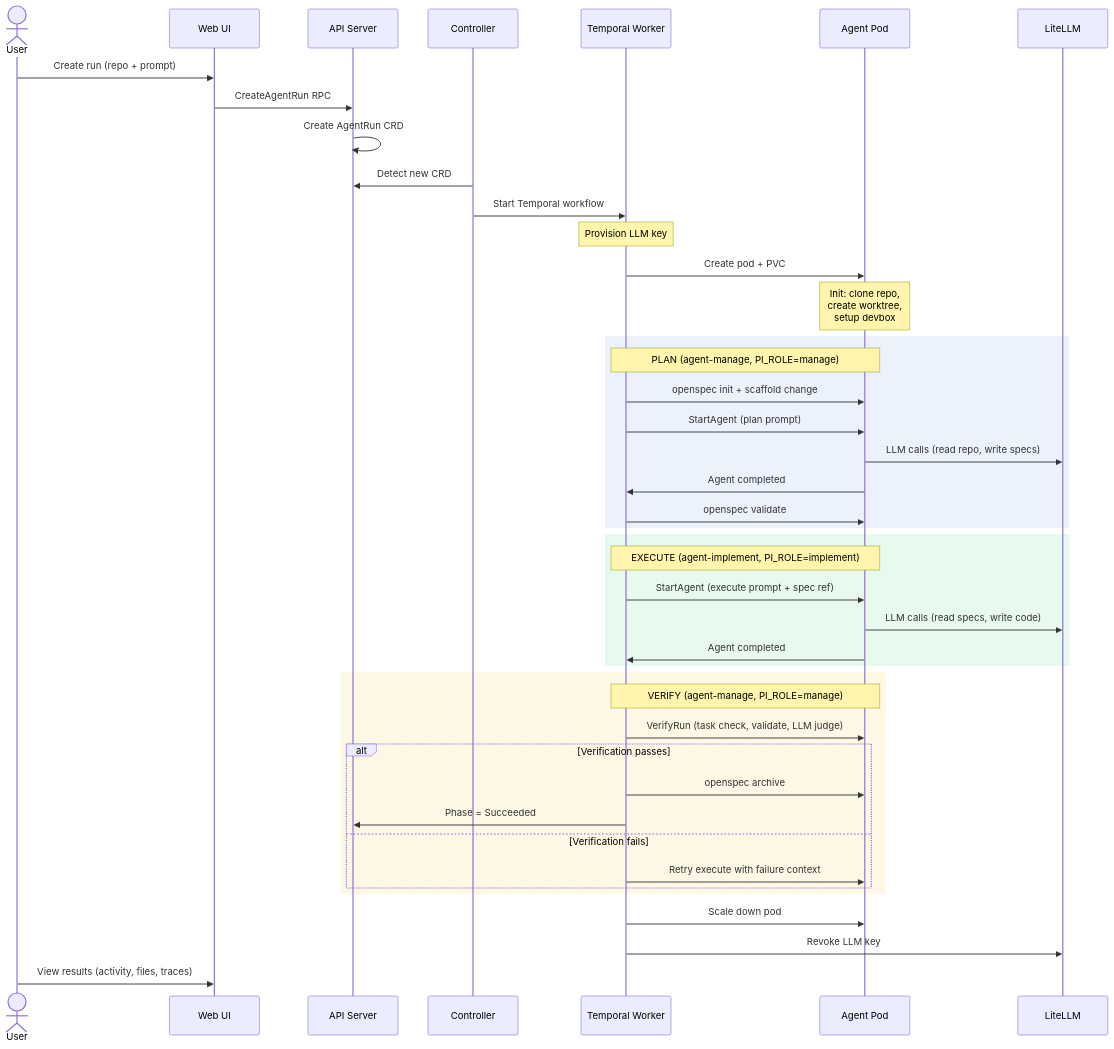
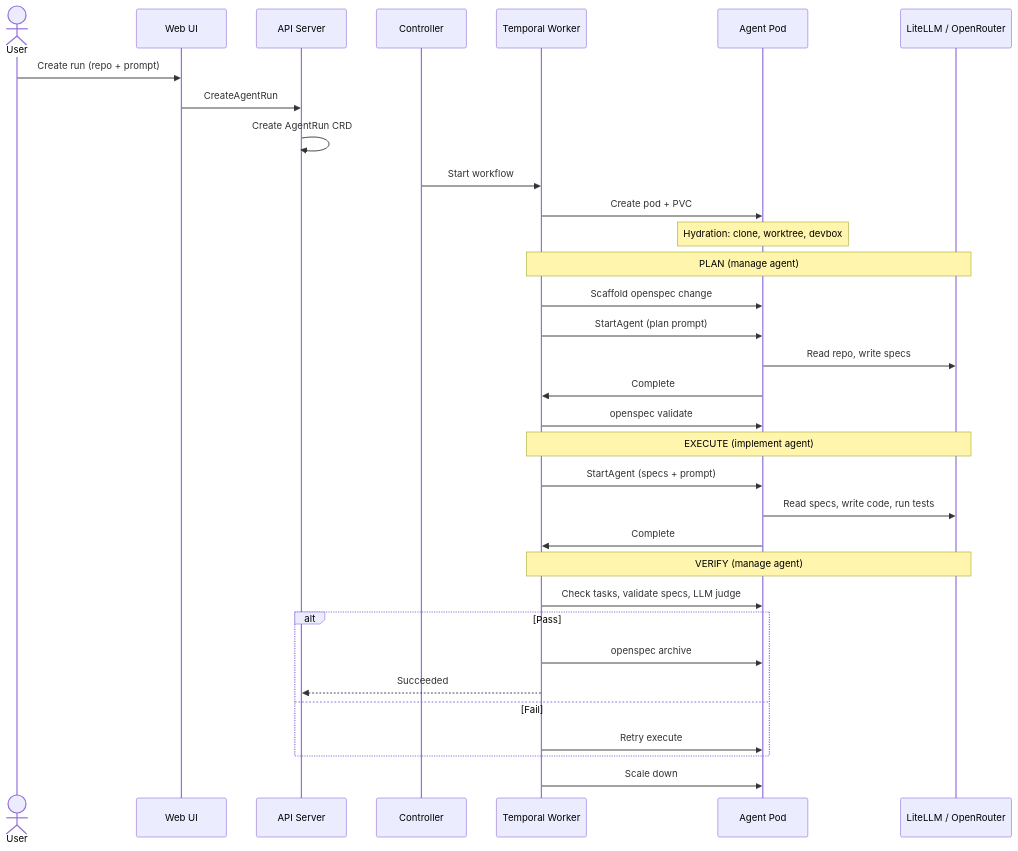
The second of 2 diagrams in README.md (ross-corp/uncworks), drawn with Mermaid before and after one commit. The commit also changed other lines of this file, not shown here.

Commit message:
fix: clean architecture diagram — remove planned items, fix layout, add OpenRouter outside cluster

````diff
--- a/README.md
+++ b/README.md
@@ -95,52 +100,41 @@
 ```mermaid
 sequenceDiagram
     actor User
     participant Web as Web UI
     participant API as API Server
     participant Ctrl as Controller
     participant TW as Temporal Worker
     participant Pod as Agent Pod
-    participant LLM as LiteLLM
+    participant LLM as LiteLLM / OpenRouter
 
     User->>Web: Create run (repo + prompt)
-    Web->>API: CreateAgentRun RPC
+    Web->>API: CreateAgentRun
     API->>API: Create AgentRun CRD
-    Ctrl->>API: Detect new CRD
-    Ctrl->>TW: Start Temporal workflow
+    Ctrl->>TW: Start workflow
 
-    Note over TW: Provision LLM key
     TW->>Pod: Create pod + PVC
-    Note over Pod: Init: clone repo,<br/>create worktree,<br/>setup devbox
+    Note over Pod: Hydration: clone, worktree, devbox
 
-    rect rgb(59, 130, 246, 0.1)
-        Note over TW,Pod: PLAN (agent-manage, PI_ROLE=manage)
-        TW->>Pod: openspec init + scaffold change
-        TW->>Pod: StartAgent (plan prompt)
-        Pod->>LLM: LLM calls (read repo, write specs)
-        Pod->>TW: Agent completed
-        TW->>Pod: openspec validate
+    Note over TW,LLM: PLAN (manage agent)
+    TW->>Pod: Scaffold openspec change
+    TW->>Pod: StartAgent (plan prompt)
+    Pod->>LLM: Read repo, write specs
+    Pod->>TW: Complete
+    TW->>Pod: openspec validate
+
+    Note over TW,LLM: EXECUTE (implement agent)
+    TW->>Pod: StartAgent (specs + prompt)
+    Pod->>LLM: Read specs, write code, run tests
+    Pod->>TW: Complete
+
+    Note over TW,LLM: VERIFY (manage agent)
+    TW->>Pod: Check tasks, validate specs, LLM judge
+    alt Pass
+        TW->>Pod: openspec archive
+        TW-->>API: Succeeded
+    else Fail
+        TW->>Pod: Retry execute
     end
 
-    rect rgb(34, 197, 94, 0.1)
-        Note over TW,Pod: EXECUTE (agent-implement, PI_ROLE=implement)
-        TW->>Pod: StartAgent (execute prompt + spec ref)
-        Pod->>LLM: LLM calls (read specs, write code)
-        Pod->>TW: Agent completed
-    end
-
-    rect rgb(234, 179, 8, 0.1)
-        Note over TW,Pod: VERIFY (agent-manage, PI_ROLE=manage)
-        TW->>Pod: VerifyRun (task check, validate, LLM judge)
-        alt Verification passes
-            TW->>Pod: openspec archive
-            TW->>API: Phase = Succeeded
-        else Verification fails
-            TW->>Pod: Retry execute with failure context
-        end
-    end
-
-    TW->>Pod: Scale down pod
-    TW->>LLM: Revoke LLM key
-
-    User->>Web: View results (activity, files, traces)
+    TW->>Pod: Scale down
 ```
````
